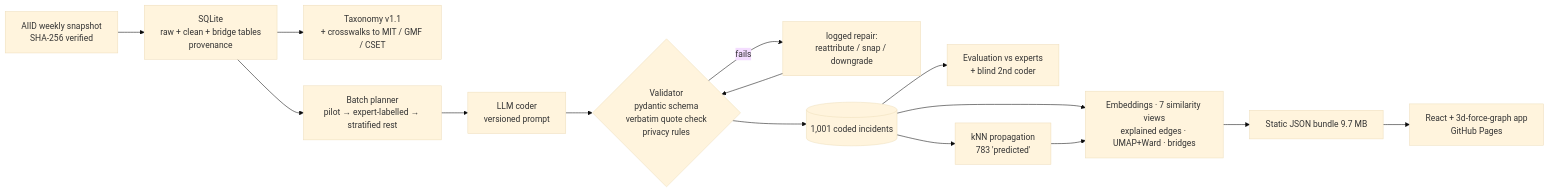
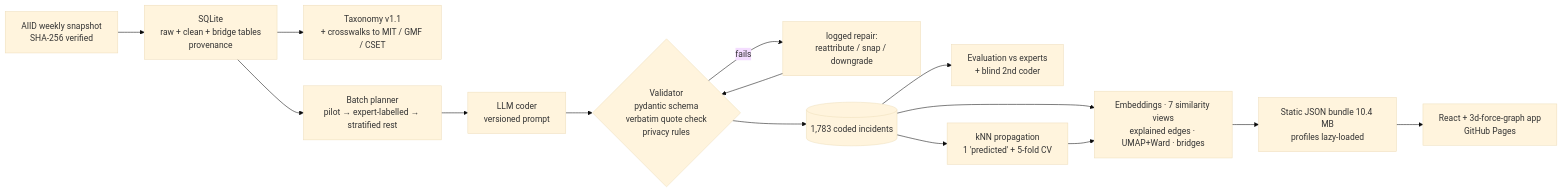
One commit to JonathanDoanePhD/ai-incident-atlas changed the diagram in README.md. Above: the diagram before and after it, drawn with Mermaid (base theme). The commit also changed other lines of this file and 63 other files, not shown here.

Commit message:
Full coverage: all 1,783 incidents with reports coded; final pipeline (k=13, MIT κ 0.80 on n=1,495); apostrophe-tolerant redaction fix; README, case study, MORNING_REPORT updated

````diff
--- a/README.md
+++ b/README.md
@@ -30,16 +31,16 @@
 ```mermaid
 flowchart LR
   A[AIID weekly snapshot<br/>SHA-256 verified] --> B[SQLite<br/>raw + clean + bridge tables<br/>provenance]
   B --> C[Taxonomy v1.1<br/>+ crosswalks to MIT / GMF / CSET]
   B --> D[Batch planner<br/>pilot → expert-labelled → stratified rest]
   D --> E[LLM coder<br/>versioned prompt]
   E --> F{Validator<br/>pydantic schema<br/>verbatim quote check<br/>privacy rules}
   F -- fails --> G[logged repair:<br/>reattribute / snap / downgrade]
   G --> F
-  F --> H[(1,001 coded incidents)]
+  F --> H[(1,783 coded incidents)]
   H --> I[Evaluation vs experts<br/>+ blind 2nd coder]
-  H --> J[kNN propagation<br/>783 'predicted']
+  H --> J[kNN propagation<br/>1 'predicted' + 5-fold CV]
   H & J --> K[Embeddings · 7 similarity views<br/>explained edges · UMAP+Ward · bridges]
-  K --> L[Static JSON bundle 9.7 MB]
+  K --> L[Static JSON bundle 10.4 MB<br/>profiles lazy-loaded]
   L --> M[React + 3d-force-graph app<br/>GitHub Pages]
 ```
````
